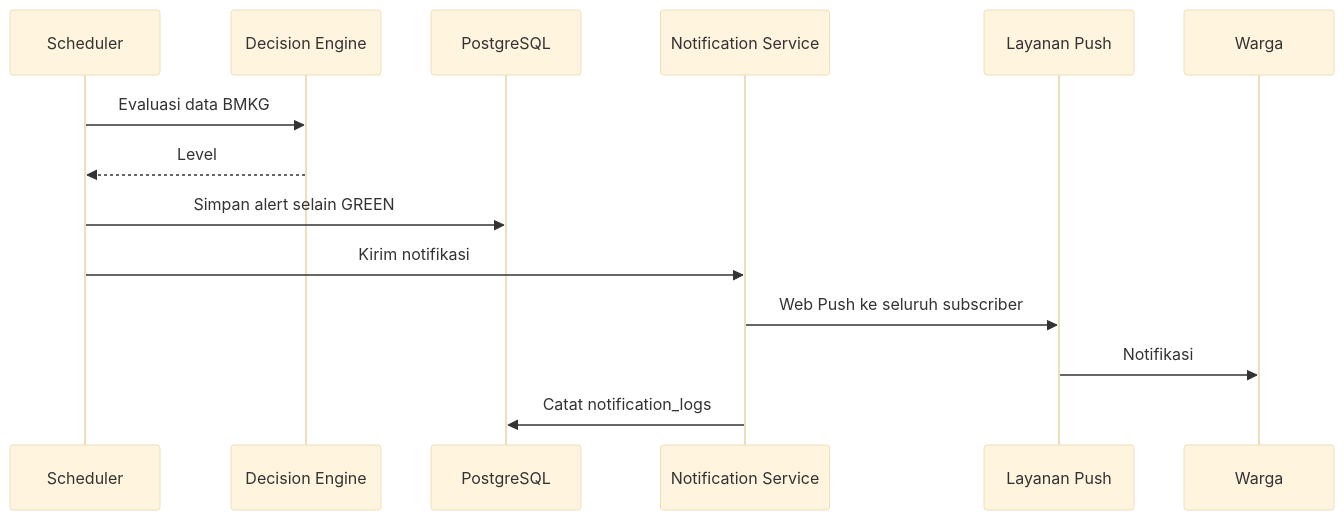
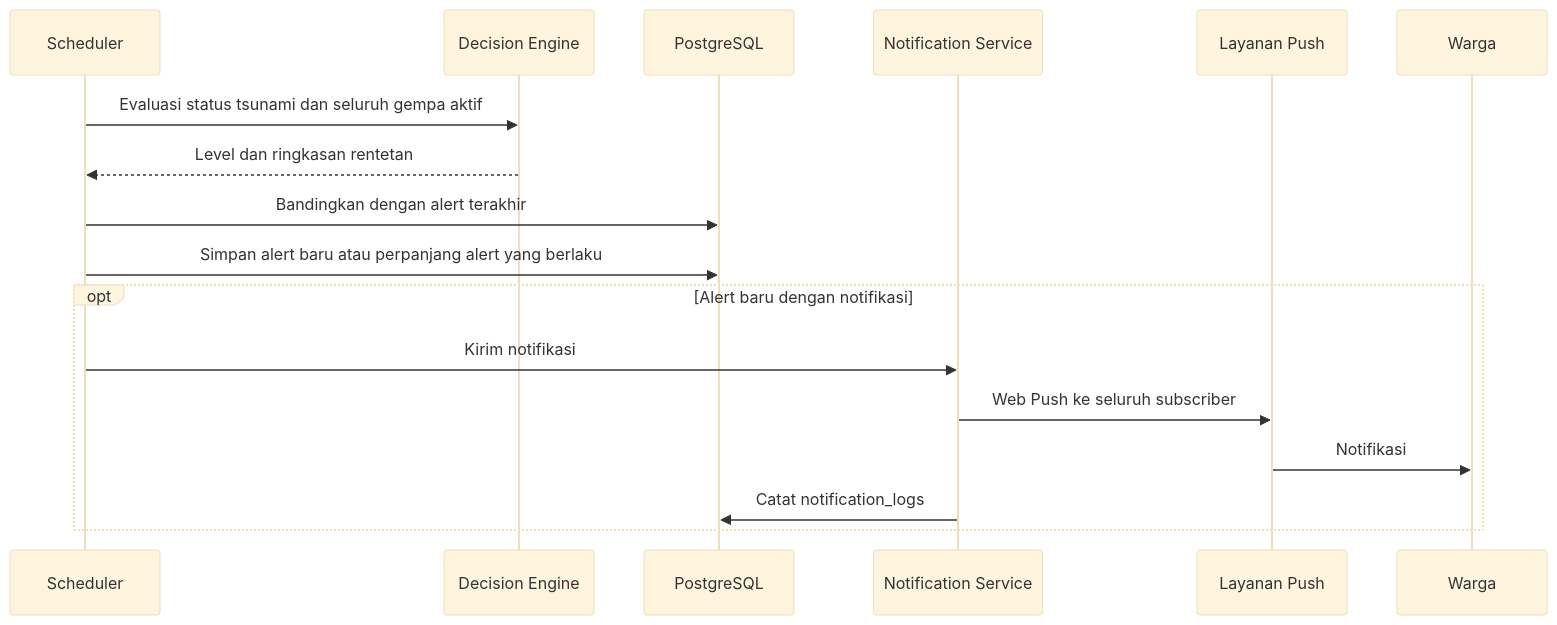
The diagram in docs/architecture/07_integration_architecture.md (Vextronode/sigap_app), drawn with Mermaid (base theme) before and after one commit. The commit also changed other lines of this file and 33 other files, not shown here.

First line of the commit message:
feat(alert): penyatuan data gempa per kejadian dan aturan rentetan gempa (#114)

````diff
--- a/docs/architecture/07_integration_architecture.md
+++ b/docs/architecture/07_integration_architecture.md
@@ -17,17 +17,20 @@
 ```mermaid
 sequenceDiagram
     participant S as Scheduler
     participant E as Decision Engine
     participant DB as PostgreSQL
     participant N as Notification Service
     participant P as Layanan Push
     participant W as Warga
 
-    S->>E: Evaluasi data BMKG
-    E-->>S: Level
-    S->>DB: Simpan alert selain GREEN
-    S->>N: Kirim notifikasi
-    N->>P: Web Push ke seluruh subscriber
-    P->>W: Notifikasi
-    N->>DB: Catat notification_logs
+    S->>E: Evaluasi status tsunami dan seluruh gempa aktif
+    E-->>S: Level dan ringkasan rentetan
+    S->>DB: Bandingkan dengan alert terakhir
+    S->>DB: Simpan alert baru atau perpanjang alert yang berlaku
+    opt Alert baru dengan notifikasi
+        S->>N: Kirim notifikasi
+        N->>P: Web Push ke seluruh subscriber
+        P->>W: Notifikasi
+        N->>DB: Catat notification_logs
+    end
 ```
````
